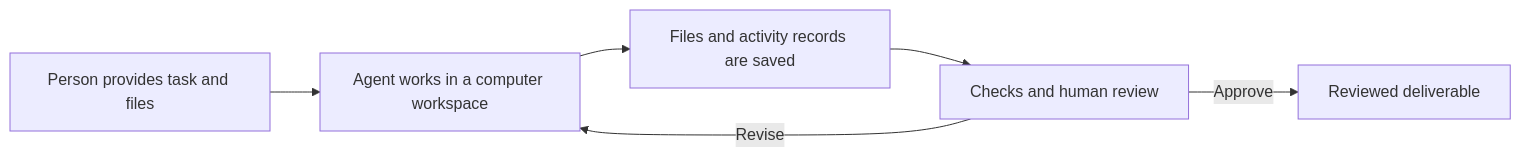
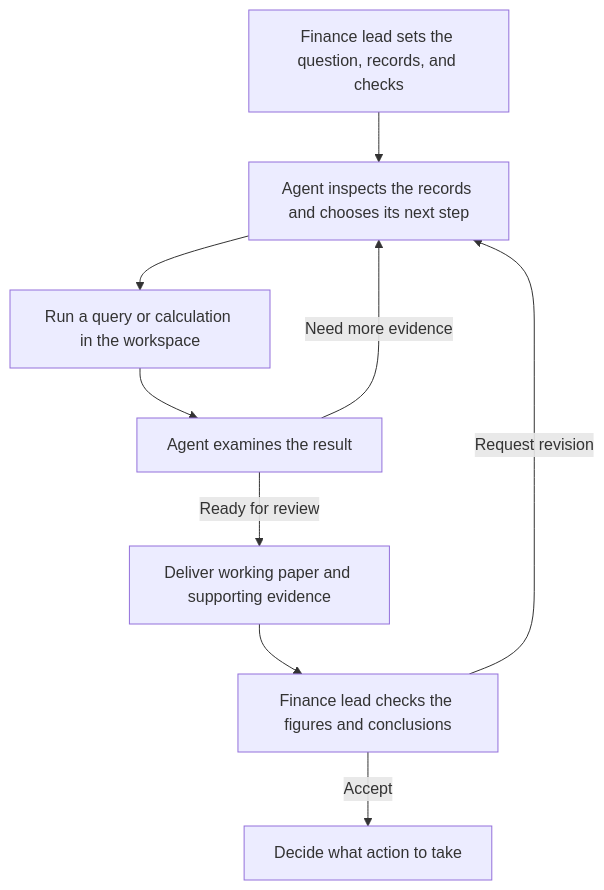
One commit to neil-yee/accounting-finance-agent changed the diagram in README.md. Above: the diagram before and after it, drawn with Mermaid. The commit also changed other lines of this file, not shown here.

Commit message:
Explain the agent's design philosophy and investigation loop

````diff
--- a/README.md
+++ b/README.md
@@ -60,8 +60,11 @@
 ```mermaid
-flowchart LR
-    A[Person provides task and files] --> B[Agent works in a computer workspace]
-    B --> C[Files and activity records are saved]
-    C --> D[Checks and human review]
-    D -->|Revise| B
-    D -->|Approve| E[Reviewed deliverable]
+flowchart TD
+    A[Finance lead sets the question, records, and checks] --> B[Agent inspects the records and chooses its next step]
+    B --> C[Run a query or calculation in the workspace]
+    C --> D[Agent examines the result]
+    D -->|Need more evidence| B
+    D -->|Ready for review| E[Deliver working paper and supporting evidence]
+    E --> F[Finance lead checks the figures and conclusions]
+    F -->|Request revision| B
+    F -->|Accept| G[Decide what action to take]
 ```
````
